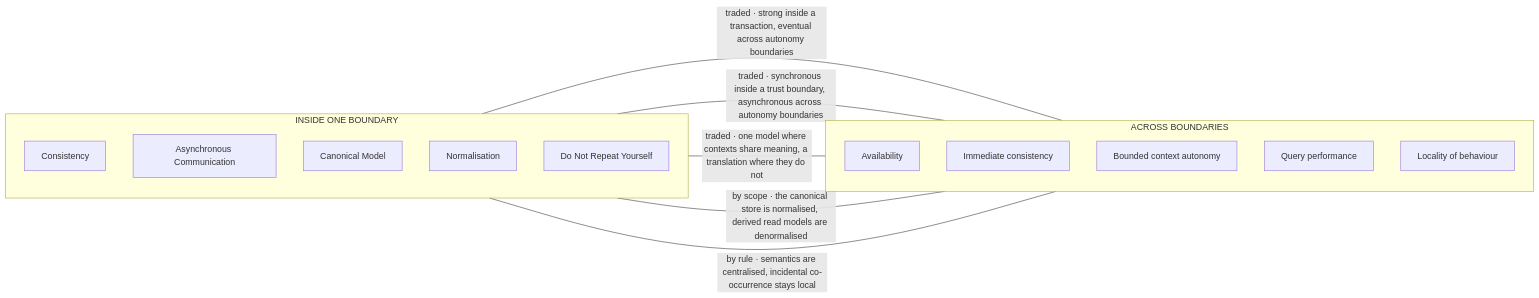
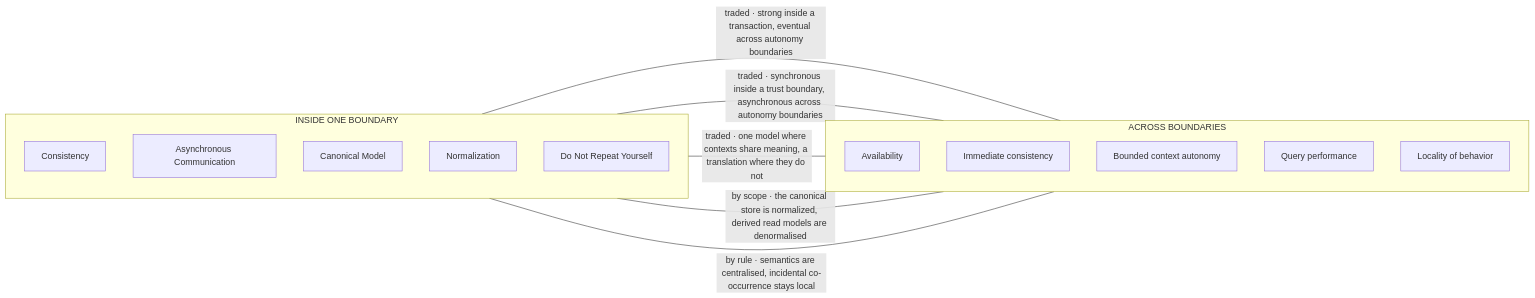
Before and after one commit to Varietyz/Disciplined-AI-Software-Development: the third of 3 diagrams in architecture/GLOSSARY.md, drawn with Mermaid. The commit also changed other lines of this file and 672 other files, not shown here.

````diff
--- a/architecture/GLOSSARY.md
+++ b/architecture/GLOSSARY.md
@@ -88,24 +88,24 @@
 ```mermaid
 flowchart LR
 subgraph inside["INSIDE ONE BOUNDARY"]
 direction TB
 i1["Consistency"]
 i2["Asynchronous Communication"]
 i3["Canonical Model"]
-i4["Normalisation"]
+i4["Normalization"]
 i5["Do Not Repeat Yourself"]
 end
 subgraph across["ACROSS BOUNDARIES"]
 direction TB
 a1["Availability"]
 a2["Immediate consistency"]
 a3["Bounded context autonomy"]
 a4["Query performance"]
-a5["Locality of behaviour"]
+a5["Locality of behavior"]
 end
 i1 -- traded · strong inside a transaction, eventual across autonomy boundaries --- a1
 i2 -- traded · synchronous inside a trust boundary, asynchronous across autonomy boundaries --- a2
 i3 -- traded · one model where contexts share meaning, a translation where they do not --- a3
-i4 -- by scope · the canonical store is normalised, derived read models are denormalised --- a4
+i4 -- by scope · the canonical store is normalized, derived read models are denormalised --- a4
 i5 -- by rule · semantics are centralised, incidental co-occurrence stays local --- a5
 ```
````
